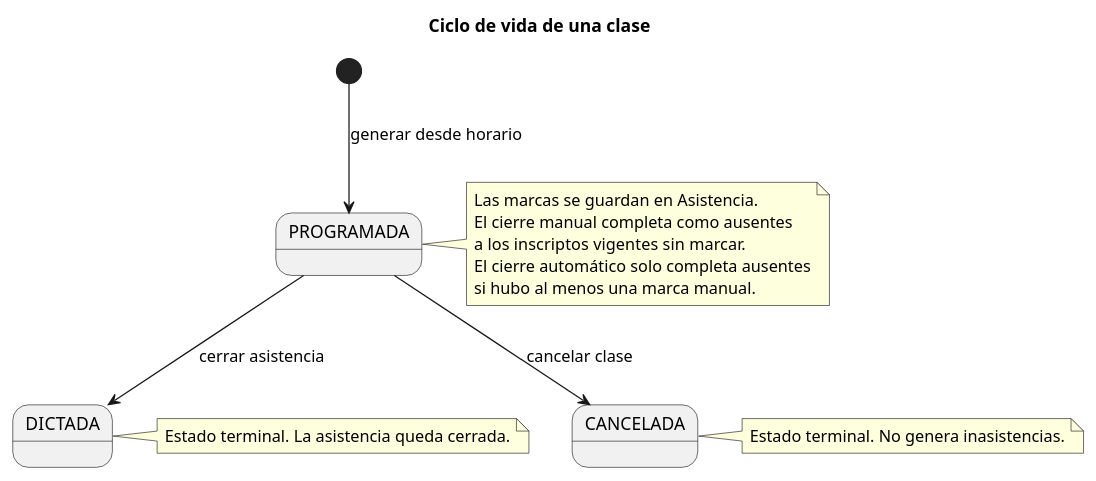
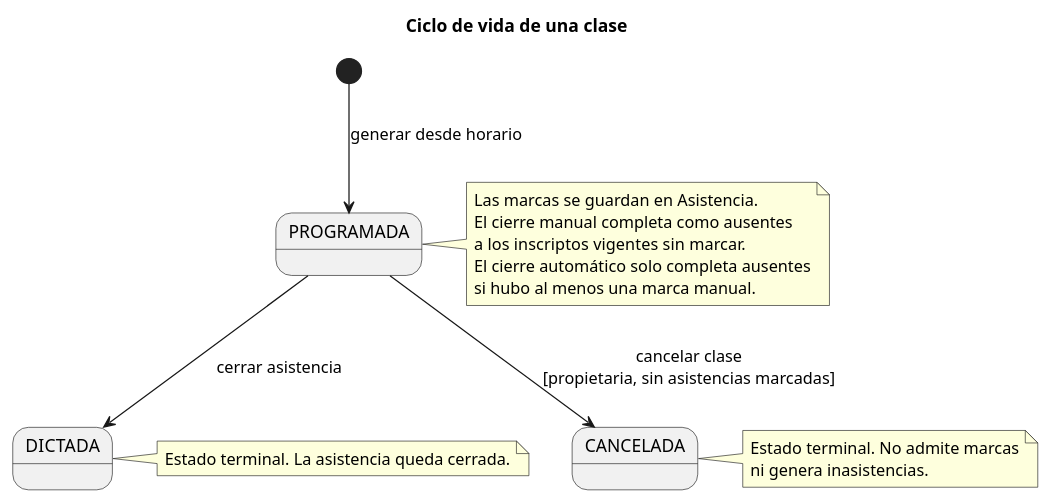
One commit to centro-fr/MiFR changed the diagram in docs/diagrams/puml/estados_clase.puml. Above: the diagram before and after it, drawn with PlantUML.

Commit message:
docs(clase): agregar al ciclo de la clase quién la cancela y cuándo

```diff
--- a/docs/diagrams/puml/estados_clase.puml
+++ b/docs/diagrams/puml/estados_clase.puml
@@ -1,24 +1,25 @@
 @startuml
 title Ciclo de vida de una clase
 
 [*] --> PROGRAMADA : generar desde horario
 PROGRAMADA --> DICTADA : cerrar asistencia
-PROGRAMADA --> CANCELADA : cancelar clase
+PROGRAMADA --> CANCELADA : cancelar clase\n[propietaria, sin asistencias marcadas]
 
 note right of PROGRAMADA
   Las marcas se guardan en Asistencia.
   El cierre manual completa como ausentes
   a los inscriptos vigentes sin marcar.
   El cierre automático solo completa ausentes
   si hubo al menos una marca manual.
 end note
 
 note right of DICTADA
   Estado terminal. La asistencia queda cerrada.
 end note
 
 note right of CANCELADA
-  Estado terminal. No genera inasistencias.
+  Estado terminal. No admite marcas
+  ni genera inasistencias.
 end note
 
 @enduml
```
